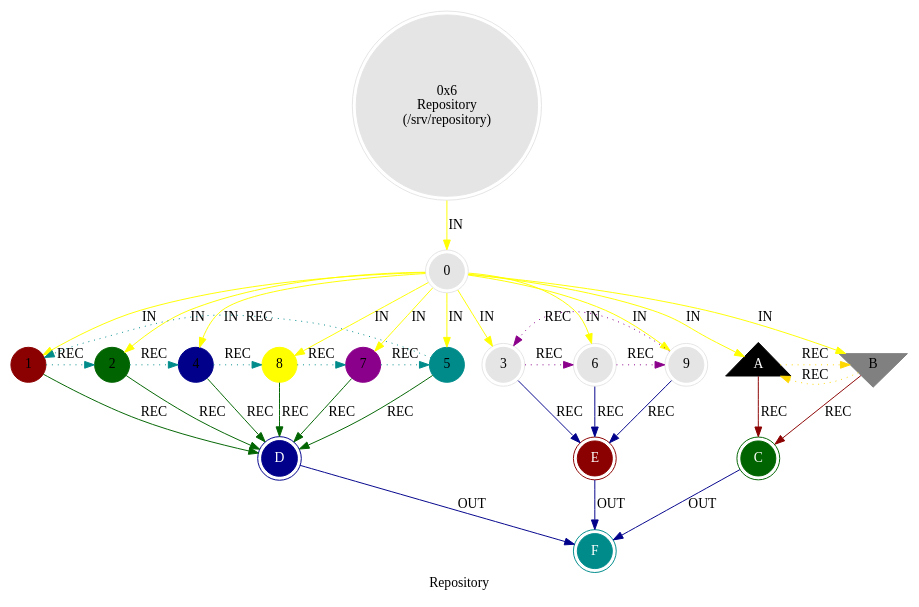
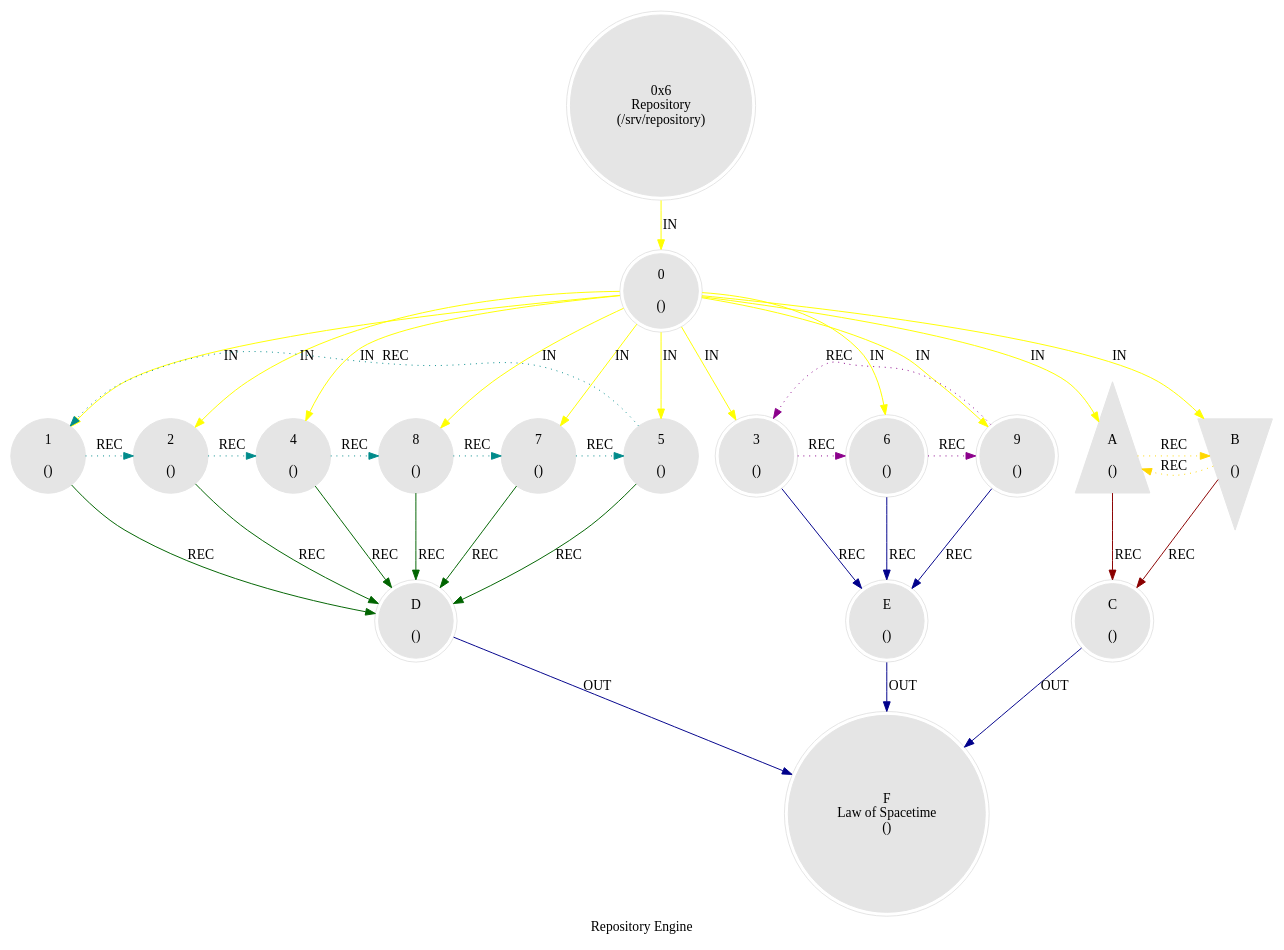
Before and after one commit to cilang/mythos: the diagram in src/core/mythos_sys_repository.dot, drawn with Graphviz. The commit also changed 17 other files, not shown here.

```diff
--- a/src/core/mythos_sys_repository.dot
+++ b/src/core/mythos_sys_repository.dot
@@ -1,44 +1,44 @@
 digraph G {
-    label = "Repository";
+    label = "Repository Engine";
     style = filled;
     color = red;
     comment = "";
     node [shape = polygon; sides = 6; style = filled; color = grey90;];
     
     spark_6_mythos_t [label = "0x6\nRepository\n(/srv/repository)";shape = doublecircle;];
     
     // The Sacred 3-6-9 (Boundary of Perception).
     // "If you knew the magnificence of 3, 6, and 9, you would have a key to the universe." — Tesla.
     // The 1-2-4-8-7-5 Vortex (Boundary of Comprehension).
-    spark_0_repository_t [label = "0";shape = doublecircle;comment = "";];
-    spark_1_repository_t [label = "1";shape = circle;color = darkred;comment = "";];
-    spark_2_repository_t [label = "2";shape = circle;color = darkgreen;comment = "";];
-    spark_4_repository_t [label = "4";shape = circle;color = darkblue;comment = "";];
-    spark_8_repository_t [label = "8";shape = circle;color = yellow;comment = "";];
-    spark_7_repository_t [label = "7";shape = circle;color = darkmagenta;comment = "";];
-    spark_5_repository_t [label = "5";shape = circle;color = darkcyan;comment = "";];
-    spark_3_repository_t [label = "3";shape = doublecircle;comment = "";];
-    spark_6_repository_t [label = "6";shape = doublecircle;comment = "";];
-    spark_9_repository_t [label = "9";shape = doublecircle;comment = "";];
-    spark_a_repository_t [label = "A";shape = triangle;color = black;fontcolor = white;comment = "";];
-    spark_b_repository_t [label = "B";shape = invtriangle;color = grey;comment = "";];
-    spark_c_repository_t [label = "C";shape = doublecircle;color = darkgreen;style = filled;fontcolor = white;];
-    spark_d_repository_t [label = "D";shape = doublecircle;color = darkblue;style = filled;fontcolor = white;];
-    spark_e_repository_t [label = "E";shape = doublecircle;color = darkred;style = filled;fontcolor = white;];
-    spark_f_repository_t [label = "F";shape = doublecircle;color = darkcyan;style = filled;fontcolor = white;];
+    spark_0_repository_t [label = "0\n\n()";shape = doublecircle;comment = "";];
+    spark_1_repository_t [label = "1\n\n()";shape = circle;comment = "";];
+    spark_2_repository_t [label = "2\n\n()";shape = circle;comment = "";];
+    spark_4_repository_t [label = "4\n\n()";shape = circle;comment = "";];
+    spark_8_repository_t [label = "8\n\n()";shape = circle;comment = "";];
+    spark_7_repository_t [label = "7\n\n()";shape = circle;comment = "";];
+    spark_5_repository_t [label = "5\n\n()";shape = circle;comment = "";];
+    spark_3_repository_t [label = "3\n\n()";shape = doublecircle;comment = "";];
+    spark_6_repository_t [label = "6\n\n()";shape = doublecircle;comment = "";];
+    spark_9_repository_t [label = "9\n\n()";shape = doublecircle;comment = "";];
+    spark_a_repository_t [label = "A\n\n()";shape = triangle;comment = "";];
+    spark_b_repository_t [label = "B\n\n()";shape = invtriangle;comment = "";];
+    spark_c_repository_t [label = "C\n\n()";shape = doublecircle;];
+    spark_d_repository_t [label = "D\n\n()";shape = doublecircle;];
+    spark_e_repository_t [label = "E\n\n()";shape = doublecircle;];
+    spark_f_repository_t [label = "F\nLaw of Spacetime\n()";shape = doublecircle;];
     
     // IN = Input
     // OUT = Output
     // REC = Recursion
     spark_6_mythos_t -> spark_0_repository_t -> {spark_a_repository_t spark_b_repository_t spark_1_repository_t spark_2_repository_t spark_3_repository_t spark_4_repository_t spark_5_repository_t spark_6_repository_t spark_7_repository_t spark_8_repository_t spark_9_repository_t} [label = "IN"; color = yellow; comment = "";];
     
     {spark_a_repository_t spark_b_repository_t} -> spark_c_repository_t [label = "REC"; color = darkred; comment = "";];
     {spark_1_repository_t spark_2_repository_t spark_4_repository_t spark_8_repository_t spark_7_repository_t spark_5_repository_t} -> spark_d_repository_t [label = "REC"; color = darkgreen; comment = "";];
     {spark_3_repository_t spark_6_repository_t spark_9_repository_t} -> spark_e_repository_t [label = "REC"; color = darkblue; comment = "";];
     
     spark_1_repository_t -> spark_2_repository_t -> spark_4_repository_t -> spark_8_repository_t -> spark_7_repository_t -> spark_5_repository_t -> spark_1_repository_t [label = "REC"; color = darkcyan; comment = ""; style = dotted; constraint = false;];
     spark_3_repository_t -> spark_6_repository_t -> spark_9_repository_t -> spark_3_repository_t [label = "REC"; color = darkmagenta; comment = ""; style = dotted; constraint = false;];
     spark_a_repository_t -> spark_b_repository_t -> spark_a_repository_t [label = "REC"; color = gold; comment = ""; style = dotted; constraint = false;];
     
     {spark_c_repository_t spark_d_repository_t spark_e_repository_t} -> spark_f_repository_t [label = "OUT"; color = darkblue; comment = "";];
 }
```
